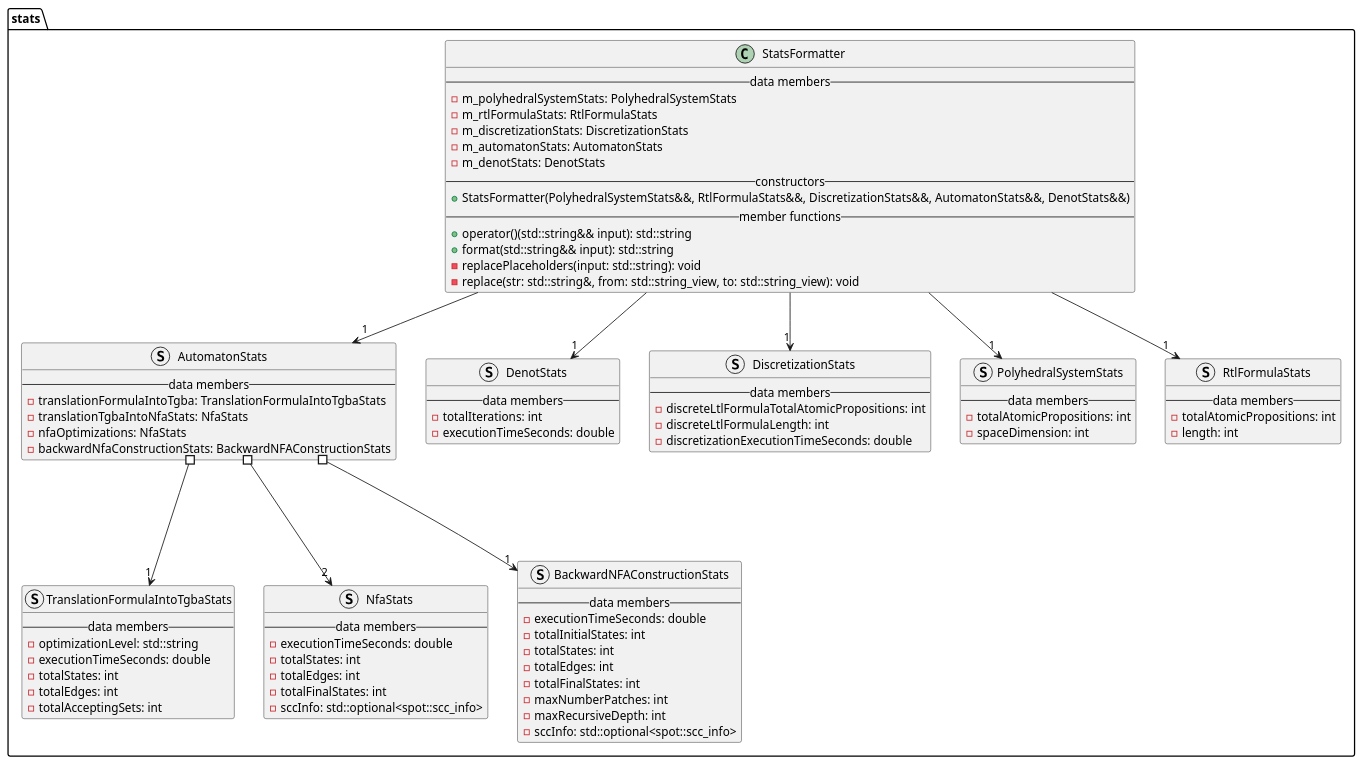
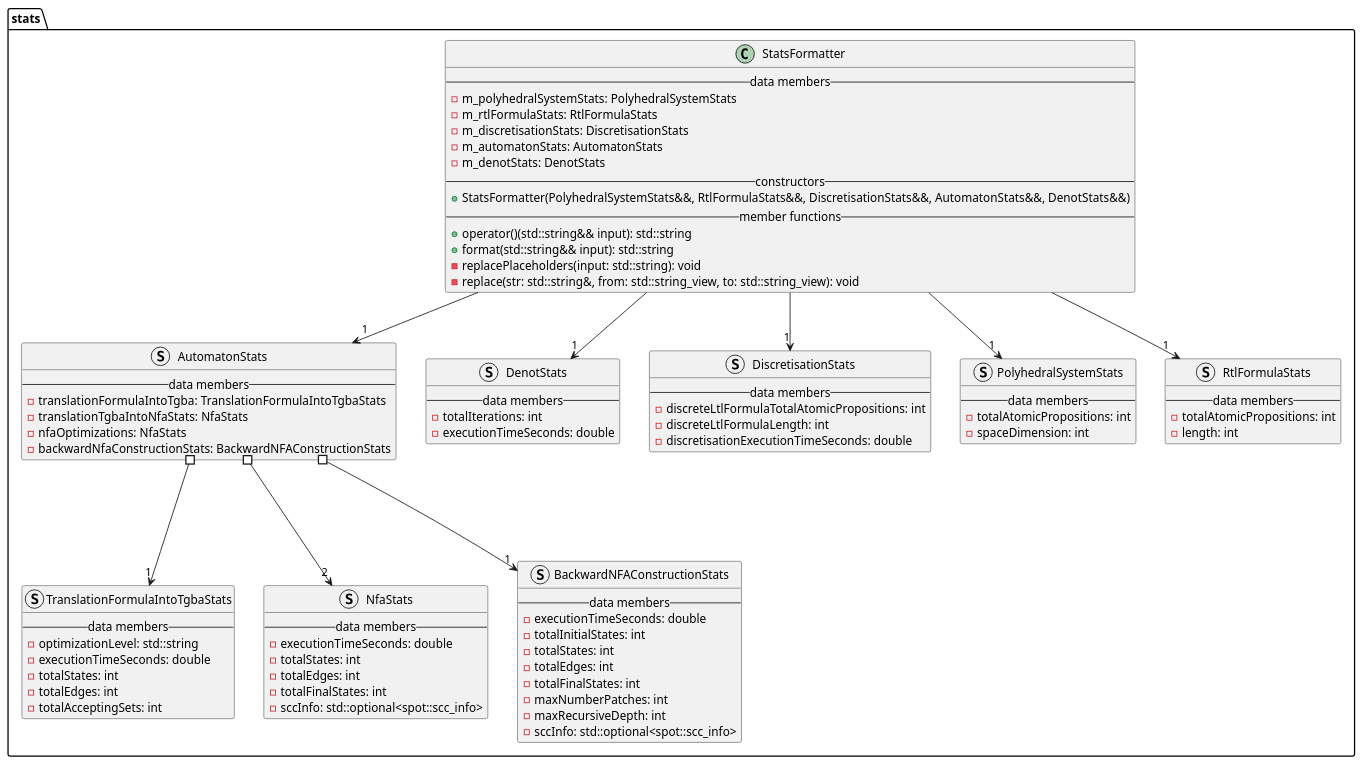
One commit to vtramo/rtl-mc changed the diagram in docs/plantuml/stats.puml. Above: the diagram before and after it, drawn with PlantUML. The commit also changed 42 other files, not shown here.

Commit message:
refactor: rename discretization to discretisation throughout the project

```diff
--- a/docs/plantuml/stats.puml
+++ b/docs/plantuml/stats.puml
@@ -1,93 +1,93 @@
 @startuml
 
 package stats {
     struct AutomatonStats {
         --data members--
         -translationFormulaIntoTgba: TranslationFormulaIntoTgbaStats
         -translationTgbaIntoNfaStats: NfaStats
         -nfaOptimizations: NfaStats
         -backwardNfaConstructionStats: BackwardNFAConstructionStats
     }
 
     struct TranslationFormulaIntoTgbaStats {
         --data members--
         -optimizationLevel: std::string
         -executionTimeSeconds: double
         -totalStates: int
         -totalEdges: int
         -totalAcceptingSets: int
     }
 
     struct NfaStats {
         --data members--
         -executionTimeSeconds: double
         -totalStates: int
         -totalEdges: int
         -totalFinalStates: int
         -sccInfo: std::optional<spot::scc_info>
     }
 
     struct BackwardNFAConstructionStats {
         --data members--
         -executionTimeSeconds: double
         -totalInitialStates: int
         -totalStates: int
         -totalEdges: int
         -totalFinalStates: int
         -maxNumberPatches: int
         -maxRecursiveDepth: int
         -sccInfo: std::optional<spot::scc_info>
     }
 
     struct DenotStats {
         --data members--
         -totalIterations: int
         -executionTimeSeconds: double
     }
 
-    struct DiscretizationStats {
+    struct DiscretisationStats {
         --data members--
         -discreteLtlFormulaTotalAtomicPropositions: int
         -discreteLtlFormulaLength: int
-        -discretizationExecutionTimeSeconds: double
+        -discretisationExecutionTimeSeconds: double
     }
 
     struct PolyhedralSystemStats {
         --data members--
         -totalAtomicPropositions: int
         -spaceDimension: int
     }
 
     struct RtlFormulaStats {
         --data members--
         -totalAtomicPropositions: int
         -length: int
     }
 
     class StatsFormatter {
         --data members--
         -m_polyhedralSystemStats: PolyhedralSystemStats
         -m_rtlFormulaStats: RtlFormulaStats
-        -m_discretizationStats: DiscretizationStats
+        -m_discretisationStats: DiscretisationStats
         -m_automatonStats: AutomatonStats
         -m_denotStats: DenotStats
         --constructors--
-        +StatsFormatter(PolyhedralSystemStats&&, RtlFormulaStats&&, DiscretizationStats&&, AutomatonStats&&, DenotStats&&)
+        +StatsFormatter(PolyhedralSystemStats&&, RtlFormulaStats&&, DiscretisationStats&&, AutomatonStats&&, DenotStats&&)
         --member functions--
         +operator()(std::string&& input): std::string
         +format(std::string&& input): std::string
         -replacePlaceholders(input: std::string): void
         -replace(str: std::string&, from: std::string_view, to: std::string_view): void
     }
 
     StatsFormatter --> "1" PolyhedralSystemStats
     StatsFormatter --> "1" RtlFormulaStats
-    StatsFormatter --> "1" DiscretizationStats
+    StatsFormatter --> "1" DiscretisationStats
     StatsFormatter --> "1" AutomatonStats
     StatsFormatter --> "1" DenotStats
     AutomatonStats #---> "1" TranslationFormulaIntoTgbaStats
     AutomatonStats #---> "1" BackwardNFAConstructionStats
     AutomatonStats #---> "2" NfaStats
 }
 
 @enduml
```
